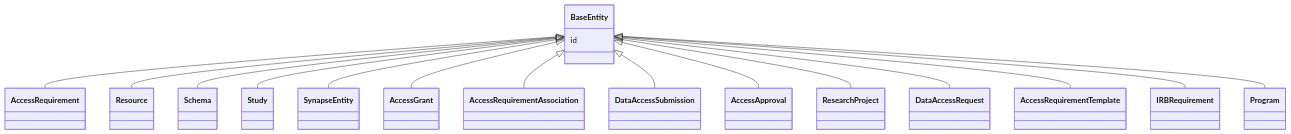
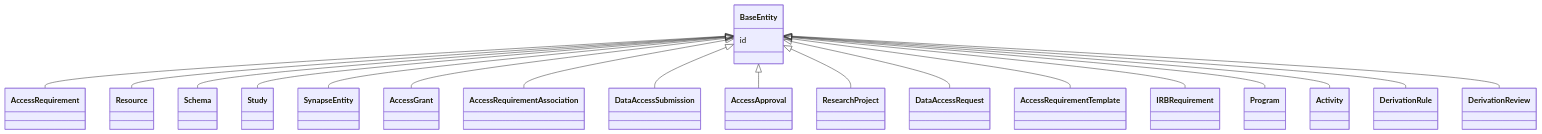
One commit to mc2-center/governanceDUO changed the diagram in docs/reference/classes/BaseEntity.md. Above: the diagram before and after it, drawn with Mermaid. The commit also changed other lines of this file and 55 other files, not shown here.

First line of the commit message:
Document Provenance/Derivation Policy graphs

````diff
--- a/docs/reference/classes/BaseEntity.md
+++ b/docs/reference/classes/BaseEntity.md
@@ -25,37 +25,43 @@
 ```mermaid
  classDiagram
     class BaseEntity
     click BaseEntity href "../../classes/BaseEntity/"
       BaseEntity <|-- AccessRequirement
         click AccessRequirement href "../../classes/AccessRequirement/"
       BaseEntity <|-- Resource
         click Resource href "../../classes/Resource/"
       BaseEntity <|-- Schema
         click Schema href "../../classes/Schema/"
       BaseEntity <|-- Study
         click Study href "../../classes/Study/"
       BaseEntity <|-- SynapseEntity
         click SynapseEntity href "../../classes/SynapseEntity/"
       BaseEntity <|-- AccessGrant
         click AccessGrant href "../../classes/AccessGrant/"
       BaseEntity <|-- AccessRequirementAssociation
         click AccessRequirementAssociation href "../../classes/AccessRequirementAssociation/"
       BaseEntity <|-- DataAccessSubmission
         click DataAccessSubmission href "../../classes/DataAccessSubmission/"
       BaseEntity <|-- AccessApproval
         click AccessApproval href "../../classes/AccessApproval/"
       BaseEntity <|-- ResearchProject
         click ResearchProject href "../../classes/ResearchProject/"
       BaseEntity <|-- DataAccessRequest
         click DataAccessRequest href "../../classes/DataAccessRequest/"
       BaseEntity <|-- AccessRequirementTemplate
         click AccessRequirementTemplate href "../../classes/AccessRequirementTemplate/"
       BaseEntity <|-- IRBRequirement
         click IRBRequirement href "../../classes/IRBRequirement/"
       BaseEntity <|-- Program
         click Program href "../../classes/Program/"
+      BaseEntity <|-- Activity
+        click Activity href "../../classes/Activity/"
+      BaseEntity <|-- DerivationRule
+        click DerivationRule href "../../classes/DerivationRule/"
+      BaseEntity <|-- DerivationReview
+        click DerivationReview href "../../classes/DerivationReview/"
       
       BaseEntity : id
         
       
 ```
````
